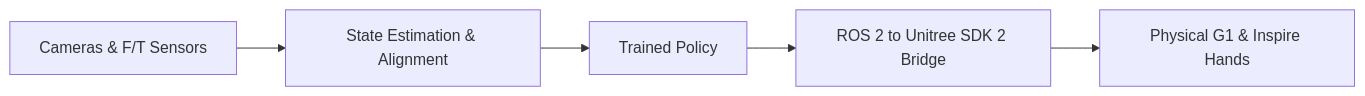
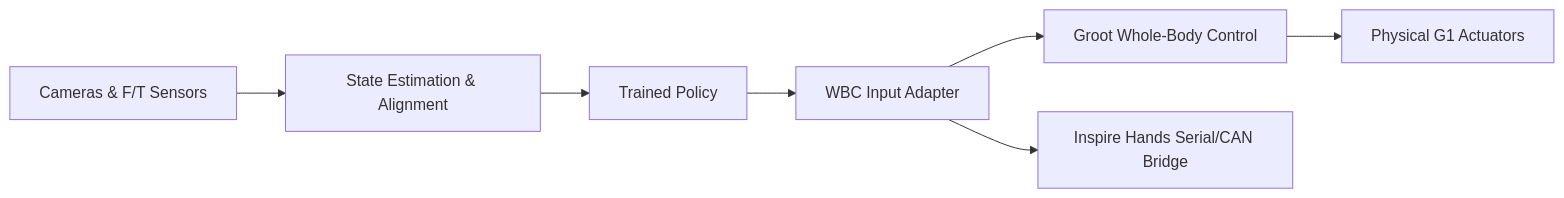
The diagram in docs/phase_3_plan.md (haw-ai-i/fiatlux), drawn with Mermaid before and after one commit. The commit also changed other lines of this file and 2 other files, not shown here.

````diff
--- a/docs/phase_3_plan.md
+++ b/docs/phase_3_plan.md
@@ -20,7 +20,9 @@
 ```mermaid
 graph LR
-    Policy[Trained Policy] --> ControllerAdapter[ROS 2 to Unitree SDK 2 Bridge]
-    ControllerAdapter --> RealRobot[Physical G1 & Inspire Hands]
+    Policy[Trained Policy] --> ControllerAdapter[WBC Input Adapter]
+    ControllerAdapter --> GrootWBC[Groot Whole-Body Control]
+    GrootWBC --> RealG1[Physical G1 Actuators]
+    ControllerAdapter --> InspireBridge[Inspire Hands Serial/CAN Bridge]
     RealSensors[Cameras & F/T Sensors] --> PerceptionBridge[State Estimation & Alignment]
     PerceptionBridge --> Policy
 ```
````
